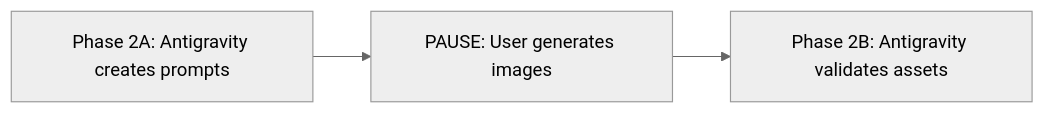
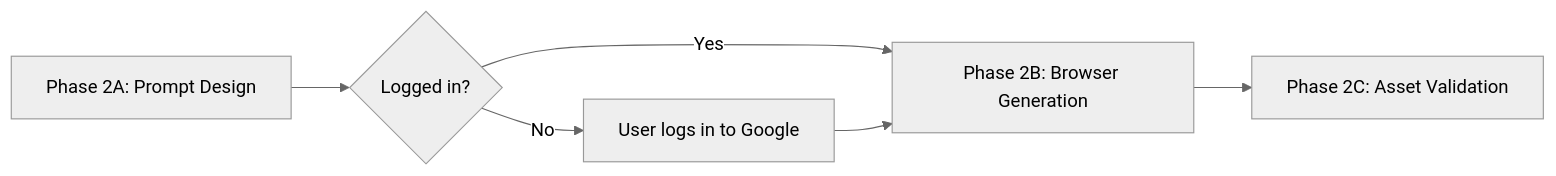
One commit to keeponfirst/keeponfirst-agentic-workflow-starter changed the diagram in README.md. Above: the diagram before and after it, drawn with Mermaid (neutral theme). The commit also changed other lines of this file and 3 other files, not shown here.

First line of the commit message:
docs: implement Phase 2 Browser Generation Hybrid Flow

````diff
--- a/README.md
+++ b/README.md
@@ -356,5 +356,8 @@
 ```mermaid
 flowchart LR
-    A[Phase 2A: Antigravity creates prompts] --> B[PAUSE: User generates images]
-    B --> C[Phase 2B: Antigravity validates assets]
+    A[Phase 2A: Prompt Design] --> B{Logged in?}
+    B -->|Yes| C[Phase 2B: Browser Generation]
+    B -->|No| D[User logs in to Google]
+    D --> C
+    C --> E[Phase 2C: Asset Validation]
 ```
````
